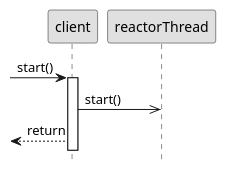
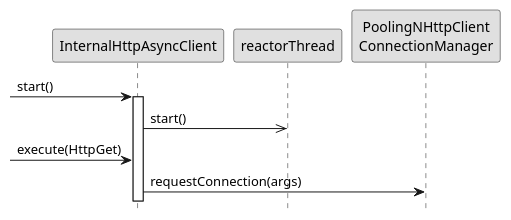
The second of 4 diagrams in AsyncHttpClient/uml/Class Diagram.wsd (ntjsz/blog-misc), drawn with PlantUML before and after one commit. The commit also changed other lines of this file and 5 other files, not shown here.

Commit message:
finish uml

```diff
--- a/AsyncHttpClient/uml/Class Diagram.wsd
+++ b/AsyncHttpClient/uml/Class Diagram.wsd
@@ -51,12 +62,16 @@
-@startuml SequenceDiagram Main
+@startuml SequenceDiagram Main Thread
 skinparam monochrome true
 skinparam ParticipantBackgroundColor #E0E0E0
 hide footbox
 
+participant InternalHttpAsyncClient as client
+participant reactorThread
+participant "PoolingNHttpClient\nConnectionManager" as connmgr
+
 -> client: start()
 activate client
 client ->> reactorThread: start()
-<-- client: return
-
+-> client: execute(HttpGet)
+client -> connmgr: requestConnection(args)
 
 @enduml
```
